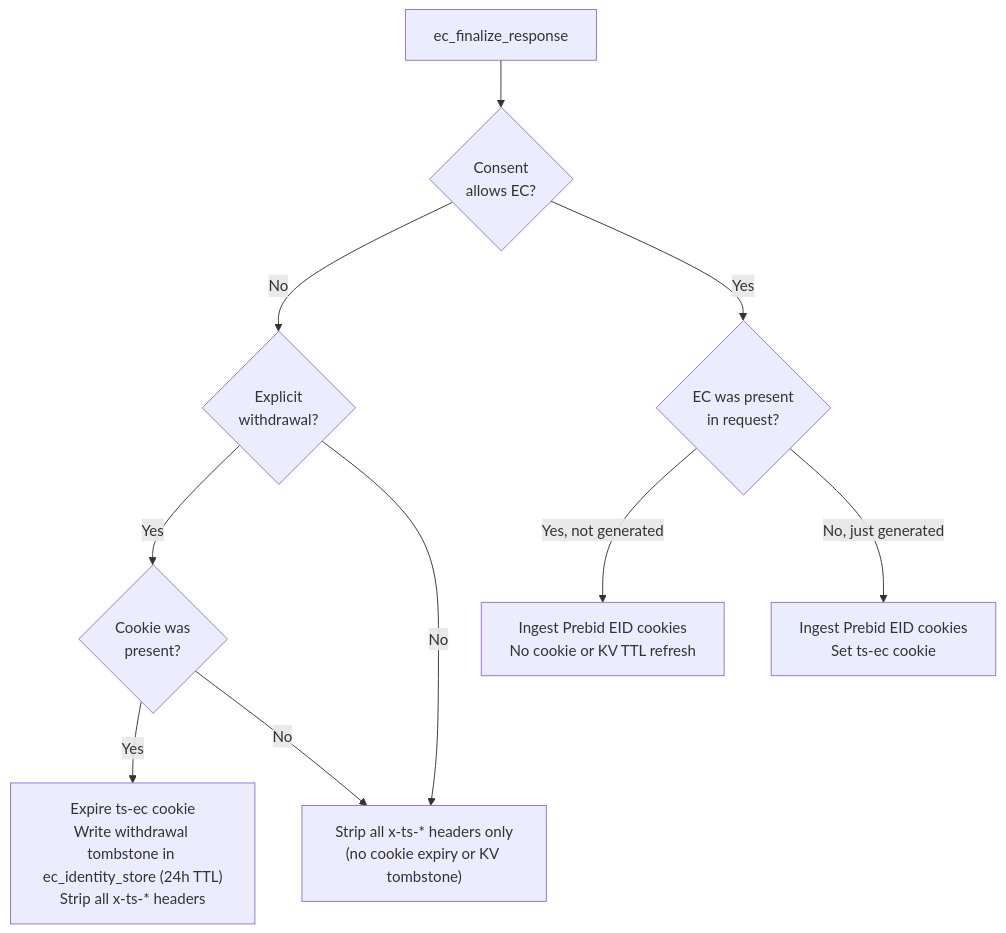
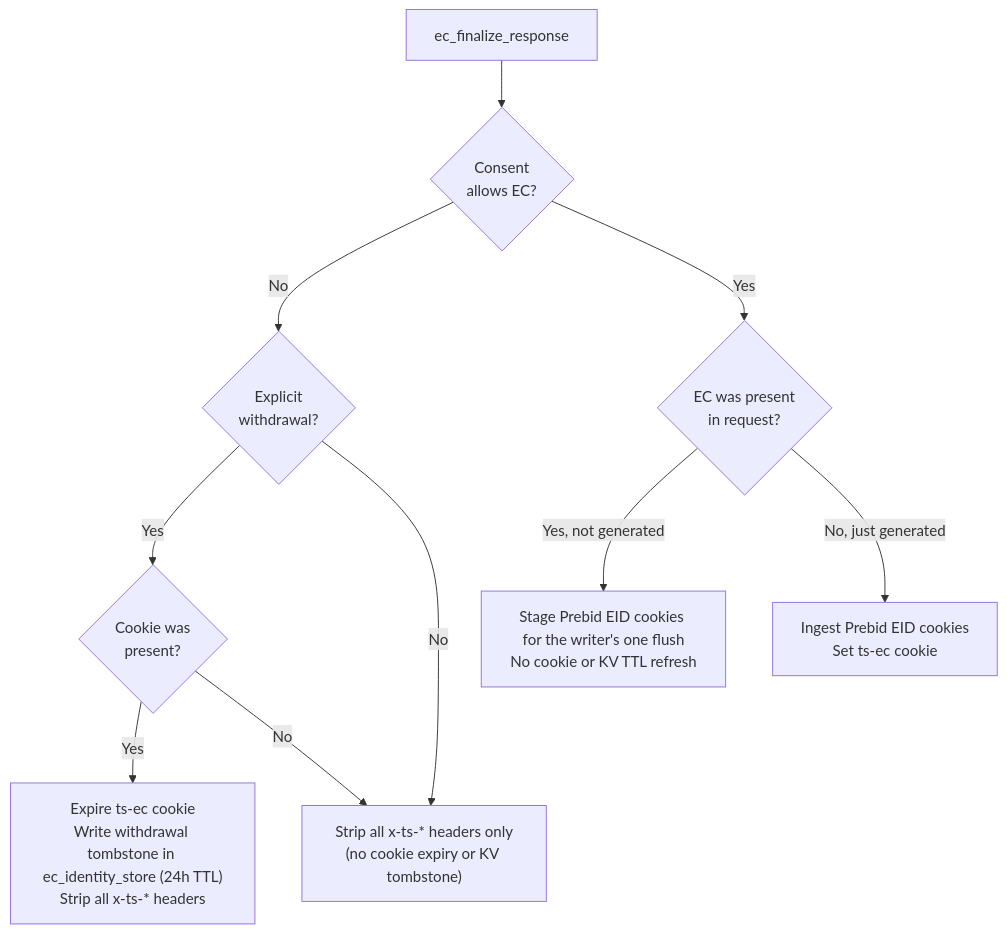
One commit to IABTechLab/trusted-server changed the second of 6 diagrams in docs/guide/edge-cookies.md. Above: the diagram before and after it, drawn with Mermaid. The commit also changed other lines of this file and 13 other files, not shown here.

````diff
--- a/docs/guide/edge-cookies.md
+++ b/docs/guide/edge-cookies.md
@@ -75,14 +75,14 @@
 ```mermaid
 flowchart TD
     Start[ec_finalize_response] --> ConsentCheck{Consent<br/>allows EC?}
 
     ConsentCheck -- "No" --> ExplicitWithdrawal{Explicit<br/>withdrawal?}
     ExplicitWithdrawal -- "Yes" --> CookiePresent{Cookie was<br/>present?}
     CookiePresent -- "Yes" --> Withdraw["Expire ts-ec cookie<br/>Write withdrawal tombstone in ec_identity_store (24h TTL)<br/>Strip all x-ts-* headers"]
     CookiePresent -- "No" --> HeaderOnly["Strip all x-ts-* headers only<br/>(no cookie expiry or KV tombstone)"]
     ExplicitWithdrawal -- "No" --> HeaderOnly
 
     ConsentCheck -- "Yes" --> WasPresent{EC was present<br/>in request?}
-    WasPresent -- "Yes, not generated" --> Returning["Ingest Prebid EID cookies<br/>No cookie or KV TTL refresh"]
+    WasPresent -- "Yes, not generated" --> Returning["Stage Prebid EID cookies for the writer's one flush<br/>No cookie or KV TTL refresh"]
     WasPresent -- "No, just generated" --> NewEc["Ingest Prebid EID cookies<br/>Set ts-ec cookie"]
 ```
````
